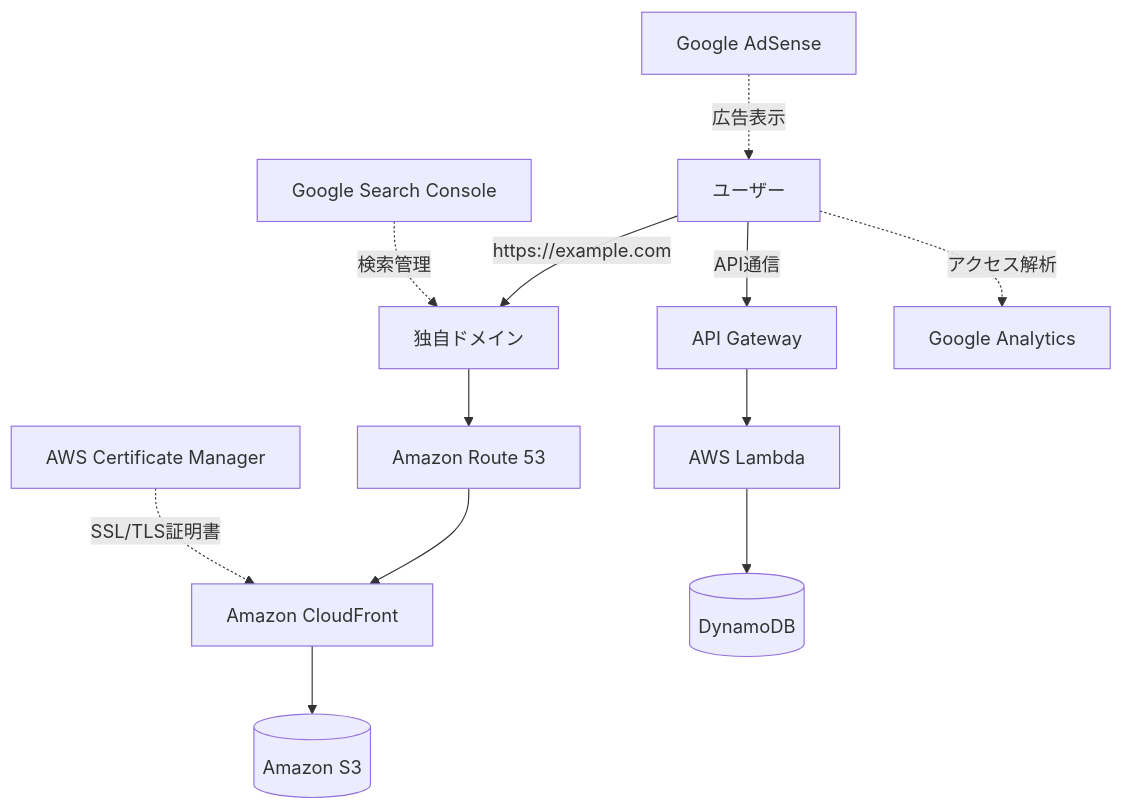
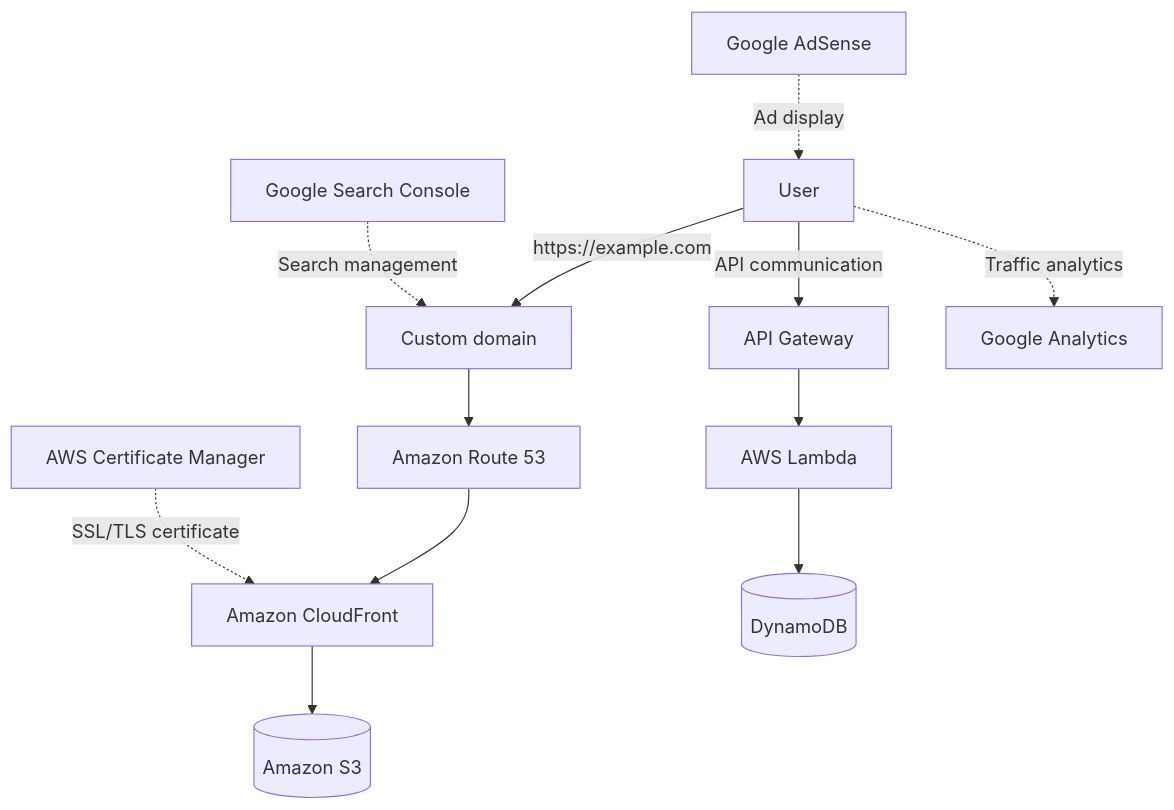
Before and after one commit to vincentmango-wen/aws-cert-roadmap-lab: the fifth of 11 diagrams in docs/designs/04_aws_architecture_design.md, drawn with Mermaid. The commit also changed other lines of this file and 117 other files, not shown here.

````diff
--- a/docs/designs/04_aws_architecture_design.md
+++ b/docs/designs/04_aws_architecture_design.md
@@ -291,27 +291,27 @@
 ```mermaid
 flowchart TD
-    User[ユーザー]
-    Domain[独自ドメイン]
+    User[User]
+    Domain[Custom domain]
     R53[Amazon Route 53]
     ACM[AWS Certificate Manager]
     CF[Amazon CloudFront]
     S3[(Amazon S3)]
     APIGW[API Gateway]
     Lambda[AWS Lambda]
     DDB[(DynamoDB)]
     GA[Google Analytics]
     GSC[Google Search Console]
     Ads[Google AdSense]
 
     User -->|https://example.com| Domain
     Domain --> R53
     R53 --> CF
-    ACM -.->|SSL/TLS証明書| CF
+    ACM -.->|SSL/TLS certificate| CF
     CF --> S3
-    User -->|API通信| APIGW
+    User -->|API communication| APIGW
     APIGW --> Lambda
     Lambda --> DDB
-    User -.->|アクセス解析| GA
-    GSC -.->|検索管理| Domain
-    Ads -.->|広告表示| User
+    User -.->|Traffic analytics| GA
+    GSC -.->|Search management| Domain
+    Ads -.->|Ad display| User
 ```
````
